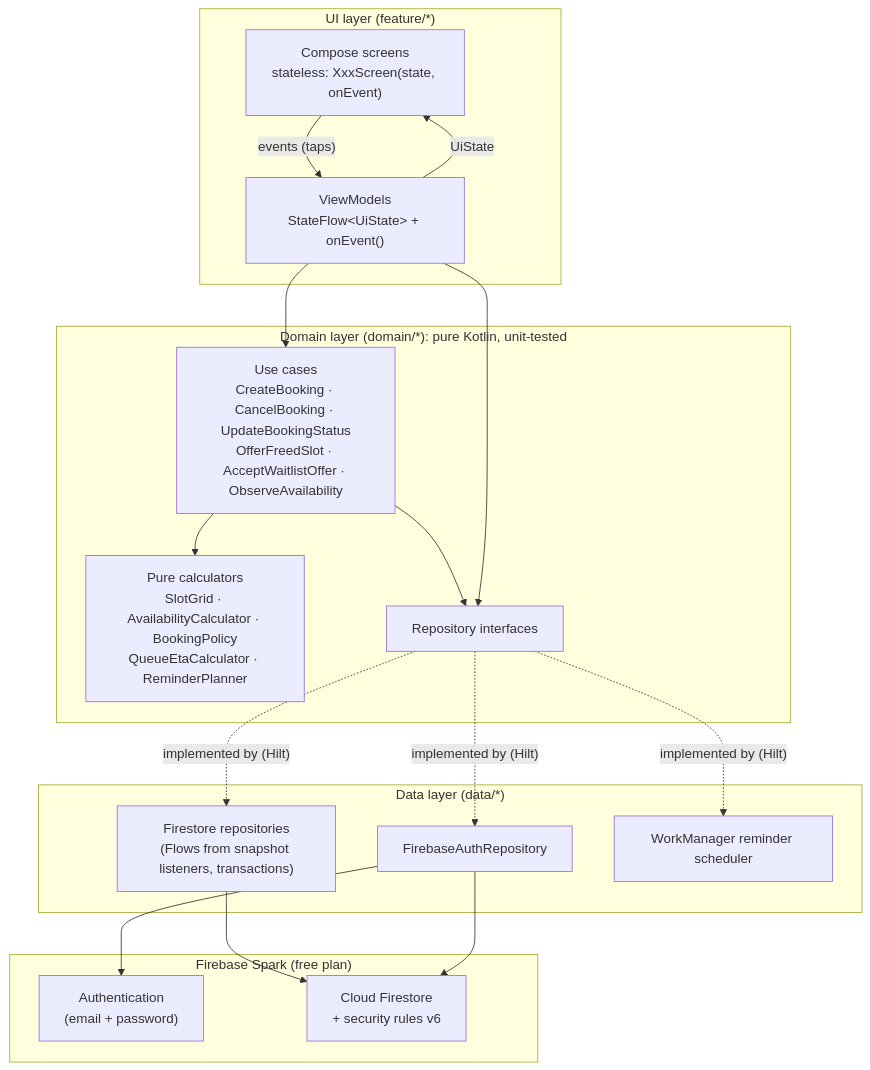
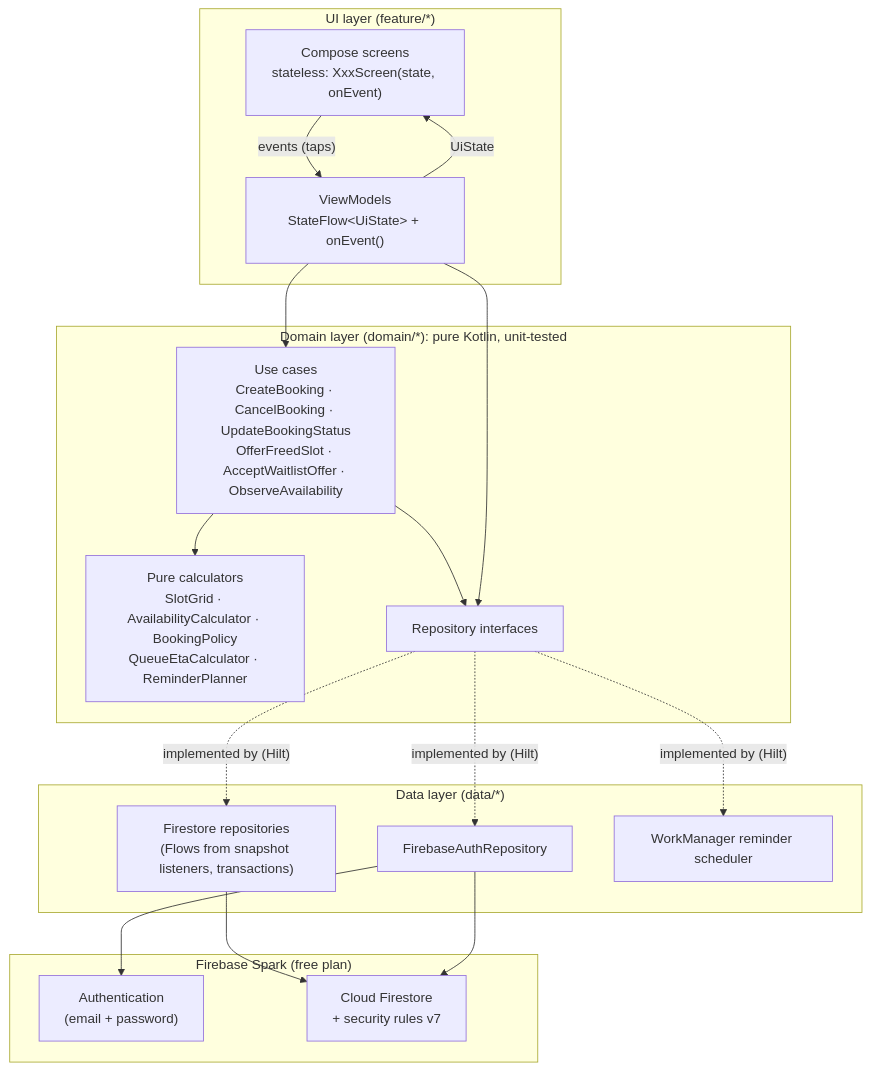
The first of 4 diagrams in docs/ARCHITECTURE.md (danit-x/salonLink), drawn with Mermaid before and after one commit. The commit also changed other lines of this file and 37 other files, not shown here.

````diff
--- a/docs/ARCHITECTURE.md
+++ b/docs/ARCHITECTURE.md
@@ -13,37 +13,37 @@
 ```mermaid
 flowchart TB
     subgraph UI["UI layer (feature/*)"]
         S["Compose screens<br/>stateless: XxxScreen(state, onEvent)"]
         VM["ViewModels<br/>StateFlow&lt;UiState&gt; + onEvent()"]
         S -- "events (taps)" --> VM
         VM -- "UiState" --> S
     end
 
     subgraph Domain["Domain layer (domain/*): pure Kotlin, unit-tested"]
         UC["Use cases<br/>CreateBooking · CancelBooking · UpdateBookingStatus<br/>OfferFreedSlot · AcceptWaitlistOffer · ObserveAvailability"]
         CALC["Pure calculators<br/>SlotGrid · AvailabilityCalculator · BookingPolicy<br/>QueueEtaCalculator · ReminderPlanner"]
         RI["Repository interfaces"]
         UC --> CALC
         UC --> RI
     end
 
     subgraph Data["Data layer (data/*)"]
         FR["Firestore repositories<br/>(Flows from snapshot listeners, transactions)"]
         AR["FirebaseAuthRepository"]
         WM["WorkManager reminder scheduler"]
     end
 
     subgraph Firebase["Firebase Spark (free plan)"]
         AUTH["Authentication<br/>(email + password)"]
-        FS["Cloud Firestore<br/>+ security rules v6"]
+        FS["Cloud Firestore<br/>+ security rules v7"]
     end
 
     VM --> UC
     VM --> RI
     RI -. "implemented by (Hilt)" .-> FR
     RI -. "implemented by (Hilt)" .-> AR
     RI -. "implemented by (Hilt)" .-> WM
     FR --> FS
     AR --> AUTH
     AR --> FS
 ```
````
